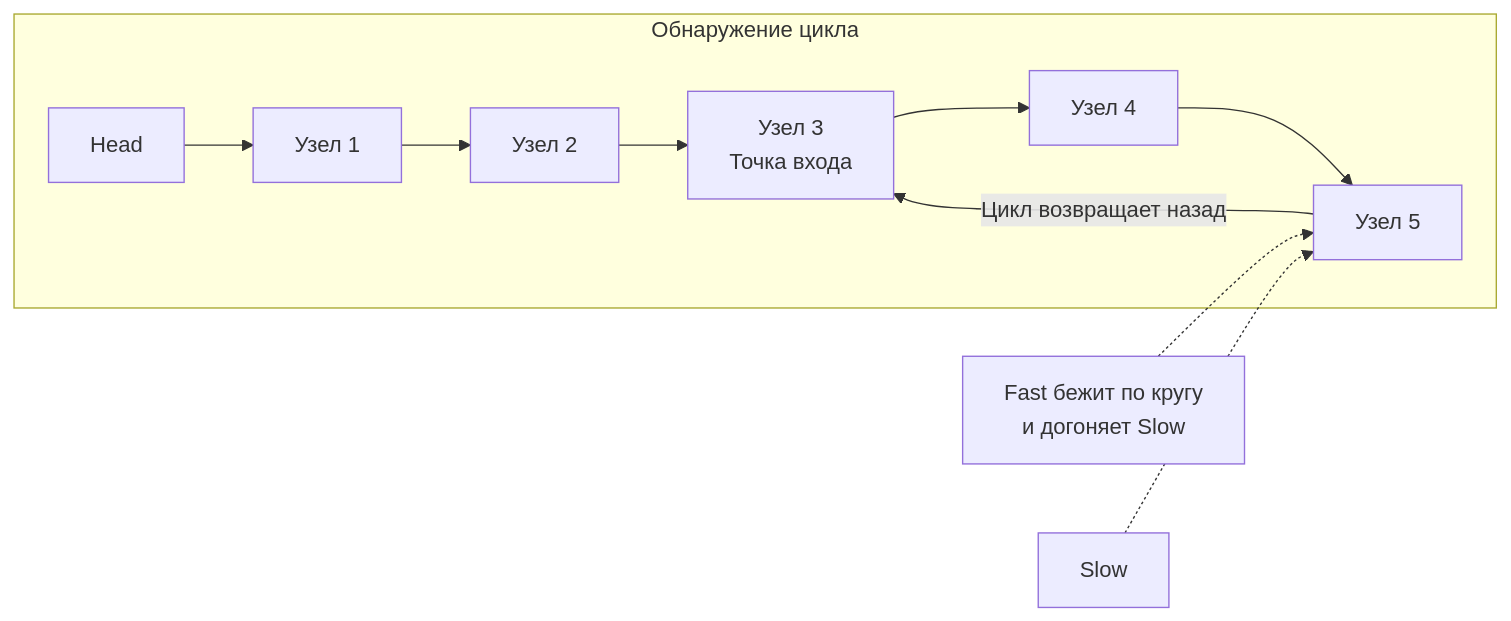
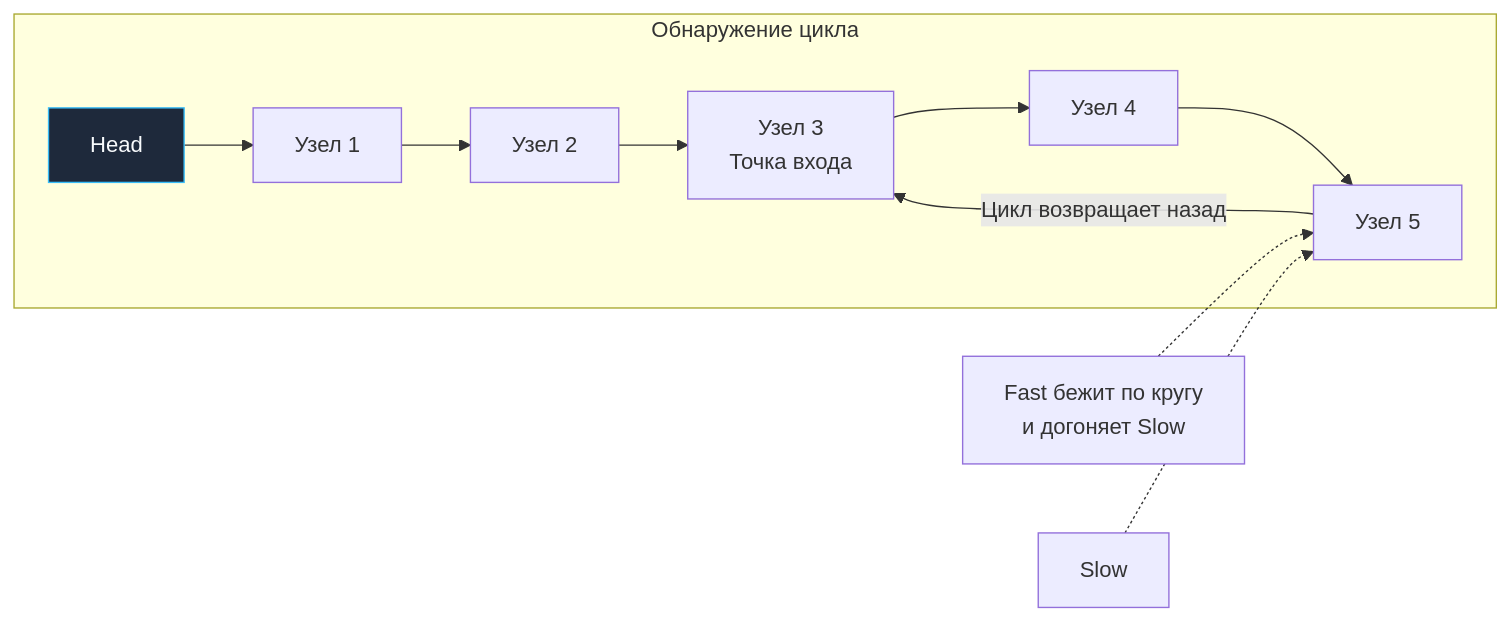
One commit to UnrealTemplier/go-textbook changed the diagram in sources/21. Задачи с LeetCode и собеседований на Go/02. Задачи/08. Связные списки/5. Linked List Cycle.md. Above: the diagram before and after it, drawn with Mermaid. The commit also changed 1666 other files, not shown here.

First line of the commit message:
feat(mermaid): add semantic color classDef to 1369 colorless flowchart/graph diagrams

````diff
--- a/sources/21. Задачи с LeetCode и собеседований на Go/02. Задачи/08. Связные списки/5. Linked List Cycle.md
+++ b/sources/21. Задачи с LeetCode и собеседований на Go/02. Задачи/08. Связные списки/5. Linked List Cycle.md
@@ -22,14 +22,24 @@
 ```mermaid
 flowchart LR
+    classDef process  fill:#1e293b,stroke:#38bdf8,stroke-width:1px,color:#f8fafc
+    classDef success  fill:#064e3b,stroke:#34d399,stroke-width:1px,color:#f8fafc
+    classDef error    fill:#7f1d1d,stroke:#f87171,stroke-width:1px,color:#f8fafc
+    classDef warning  fill:#78350f,stroke:#fbbf24,stroke-width:1px,color:#f8fafc
+    classDef entry    fill:#1e3a5f,stroke:#38bdf8,stroke-width:2px,color:#f8fafc
+    classDef aux      fill:#334155,stroke:#64748b,stroke-width:1px,color:#f8fafc
+    classDef system   fill:#312e81,stroke:#a78bfa,stroke-width:1px,color:#f8fafc
+    classDef data     fill:#132d29,stroke:#2dd4bf,stroke-width:1px,color:#f8fafc
+    classDef network  fill:#881337,stroke:#fb7185,stroke-width:1px,color:#f8fafc
+    classDef accent   fill:#1e1b4b,stroke:#818cf8,stroke-width:1px,color:#f8fafc
     subgraph Обнаружение цикла
-        Head["Head"] --> N1["Узел 1"]
+        Head["Head"]:::process --> N1["Узел 1"]
         N1 --> N2["Узел 2"]
         N2 --> N3["Узел 3<br>Точка входа"]
         N3 --> N4["Узел 4"]
         N4 --> N5["Узел 5"]
         N5 -->|"Цикл возвращает назад"| N3
     end
     
     Fast["Fast бежит по кругу<br>и догоняет Slow"] -.-> N5
     Slow["Slow"] -.-> N5
 ```
````
